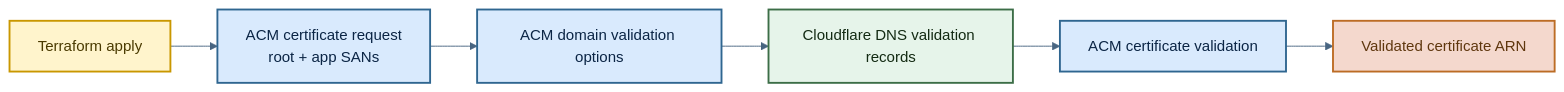
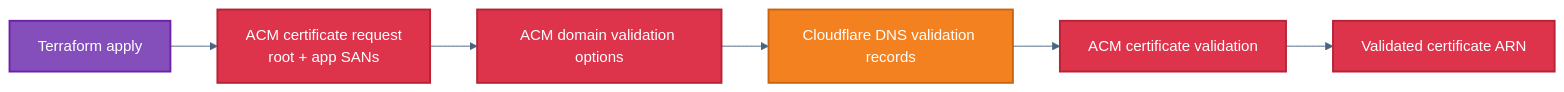
The diagram in infra/modules/certificates/README.md (reiganarmstrong/check-split-mono), drawn with Mermaid before and after one commit. The commit also changed 9 other files, not shown here.

First line of the commit message:
docs(readme): align architecture diagrams and hosting docs

````diff
--- a/infra/modules/certificates/README.md
+++ b/infra/modules/certificates/README.md
@@ -20,29 +20,27 @@
 ```mermaid
 ---
 config:
   theme: base
   themeVariables:
     primaryColor: "#D9EAFD"
     primaryTextColor: "#0B2545"
     primaryBorderColor: "#2F6690"
     lineColor: "#486581"
     secondaryColor: "#E6F4EA"
     tertiaryColor: "#FFF4CC"
 ---
 flowchart LR
   A["Terraform apply"] --> B["ACM certificate request<br/>root + app SANs"]
   B --> C["ACM domain validation options"]
   C --> D["Cloudflare DNS validation records"]
   D --> E["ACM certificate validation"]
   E --> F["Validated certificate ARN"]
 
-  classDef start fill:#FFF4CC,stroke:#C99700,color:#4A3A00,stroke-width:2px;
-  classDef aws fill:#D9EAFD,stroke:#2F6690,color:#0B2545,stroke-width:2px;
-  classDef dns fill:#E6F4EA,stroke:#3C6E47,color:#132A13,stroke-width:2px;
-  classDef out fill:#F4D8CD,stroke:#BC6C25,color:#5F370E,stroke-width:2px;
+  classDef terraform fill:#844FBA,stroke:#6B21A8,color:#FFFFFF,stroke-width:2px;
+  classDef acm fill:#DD344C,stroke:#B42336,color:#FFFFFF,stroke-width:2px;
+  classDef cloudflare fill:#F48120,stroke:#C96410,color:#FFFFFF,stroke-width:2px;
 
-  class A start;
-  class B,C,E aws;
-  class D dns;
-  class F out;
+  class A terraform;
+  class B,C,E,F acm;
+  class D cloudflare;
 ```
````
